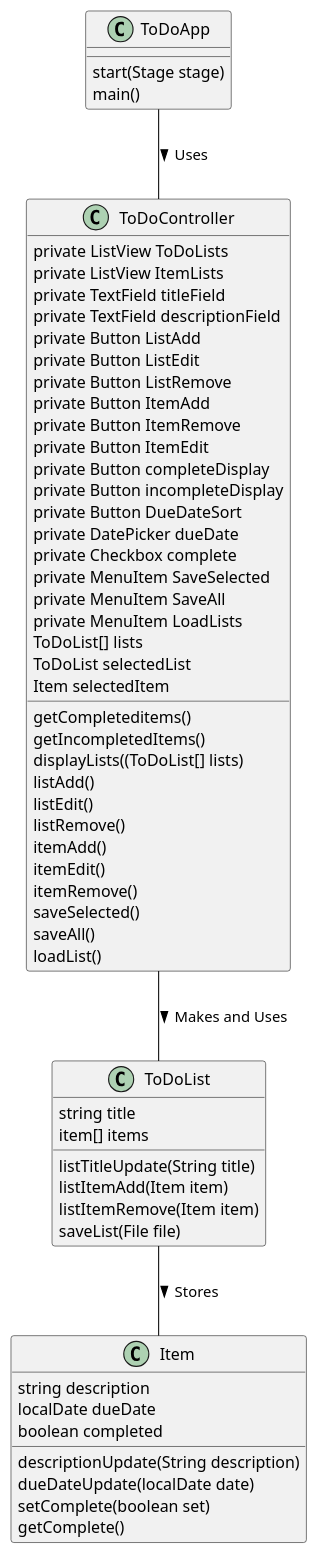
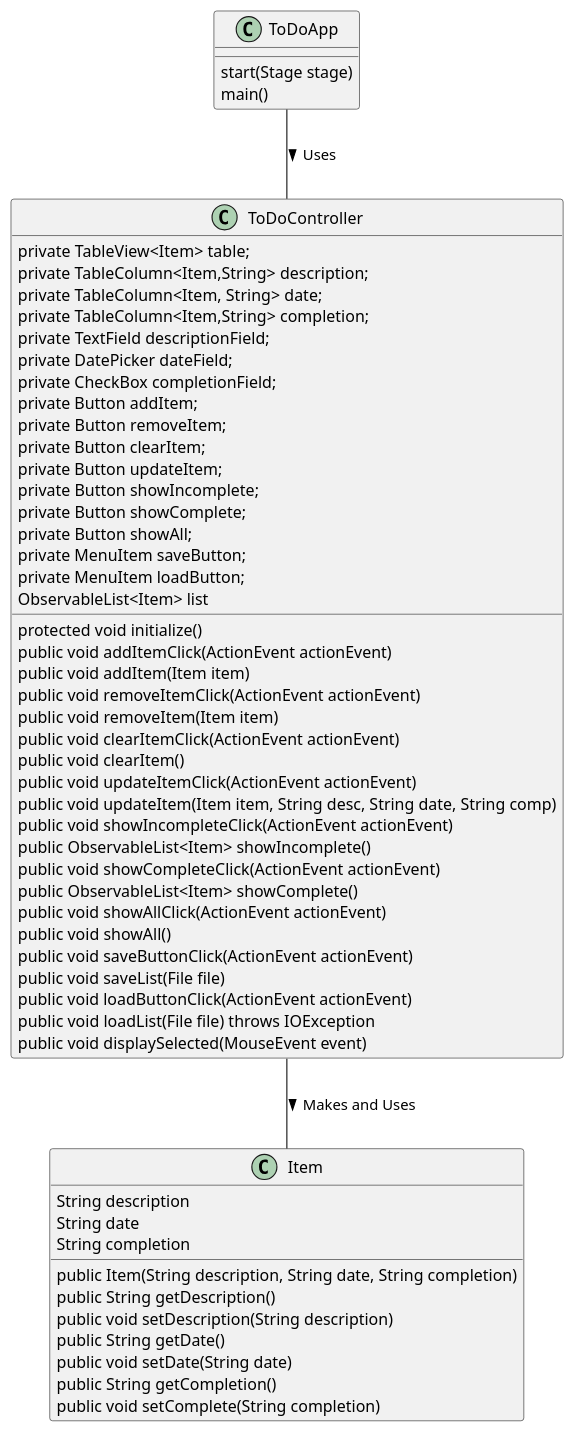
One commit to Zmbeboy/gass-cop3330-assignment4part2 changed the diagram in uml/App.puml. Above: the diagram before and after it, drawn with PlantUML. The commit also changed 5 other files, not shown here.

```diff
--- a/uml/App.puml
+++ b/uml/App.puml
@@ -1,73 +1,69 @@
 @startuml
 'https://plantuml.com/sequence-diagram
 
 class Item
 {
-string description
-localDate dueDate
-boolean completed
-descriptionUpdate(String description)
-dueDateUpdate(localDate date)
-setComplete(boolean set)
-getComplete()
-}
-
-class ToDoList
-{
-string title
-item[] items
-listTitleUpdate(String title)
-listItemAdd(Item item)
-listItemRemove(Item item)
-saveList(File file)
+    String description
+    String date
+    String completion
+    public Item(String description, String date, String completion)
+    public String getDescription()
+    public void setDescription(String description)
+    public String getDate()
+    public void setDate(String date)
+    public String getCompletion()
+    public void setComplete(String completion)
 }
 
 class ToDoController
 {
-private ListView ToDoLists
-private ListView ItemLists
-private TextField titleField
-private TextField descriptionField
-private Button ListAdd
-private Button ListEdit
-private Button ListRemove
-private Button ItemAdd
-private Button ItemRemove
-private Button ItemEdit
-private Button completeDisplay
-private Button incompleteDisplay
-private Button DueDateSort
-private DatePicker dueDate
-private Checkbox complete
-private MenuItem SaveSelected
-private MenuItem SaveAll
-private MenuItem LoadLists
-ToDoList[] lists
-ToDoList selectedList
-Item selectedItem
-
-getCompleteditems()
-getIncompletedItems()
-displayLists((ToDoList[] lists)
-listAdd()
-listEdit()
-listRemove()
-itemAdd()
-itemEdit()
-itemRemove()
-saveSelected()
-saveAll()
-loadList()
+    private TableView<Item> table;
+    private TableColumn<Item,String> description;
+    private TableColumn<Item, String> date;
+    private TableColumn<Item,String> completion;
+    private TextField descriptionField;
+    private DatePicker dateField;
+    private CheckBox completionField;
+    private Button addItem;
+    private Button removeItem;
+    private Button clearItem;
+    private Button updateItem;
+    private Button showIncomplete;
+    private Button showComplete;
+    private Button showAll;
+    private MenuItem saveButton;
+    private MenuItem loadButton;
+    ObservableList<Item> list
+    protected void initialize()
+    public void addItemClick(ActionEvent actionEvent)
+    public void addItem(Item item)
+    public void removeItemClick(ActionEvent actionEvent)
+    public void removeItem(Item item)
+    public void clearItemClick(ActionEvent actionEvent)
+    public void clearItem()
+    public void updateItemClick(ActionEvent actionEvent)
+    public void updateItem(Item item, String desc, String date, String comp)
+    public void showIncompleteClick(ActionEvent actionEvent)
+    public ObservableList<Item> showIncomplete()
+    public void showCompleteClick(ActionEvent actionEvent)
+    public ObservableList<Item> showComplete()
+    public void showAllClick(ActionEvent actionEvent)
+    public void showAll()
+    public void saveButtonClick(ActionEvent actionEvent)
+    public void saveList(File file)
+    public void loadButtonClick(ActionEvent actionEvent)
+    public void loadList(File file) throws IOException
+    public void displaySelected(MouseEvent event)
 }
 
 class ToDoApp
 {
-start(Stage stage)
-main()
+    start(Stage stage)
+    main()
 }
 
-ToDoList -- Item: > Stores
+
 ToDoApp -- ToDoController : > Uses
-ToDoController -- ToDoList : > Makes and Uses
+ToDoController -- Item : > Makes and Uses
 
 @enduml
```
